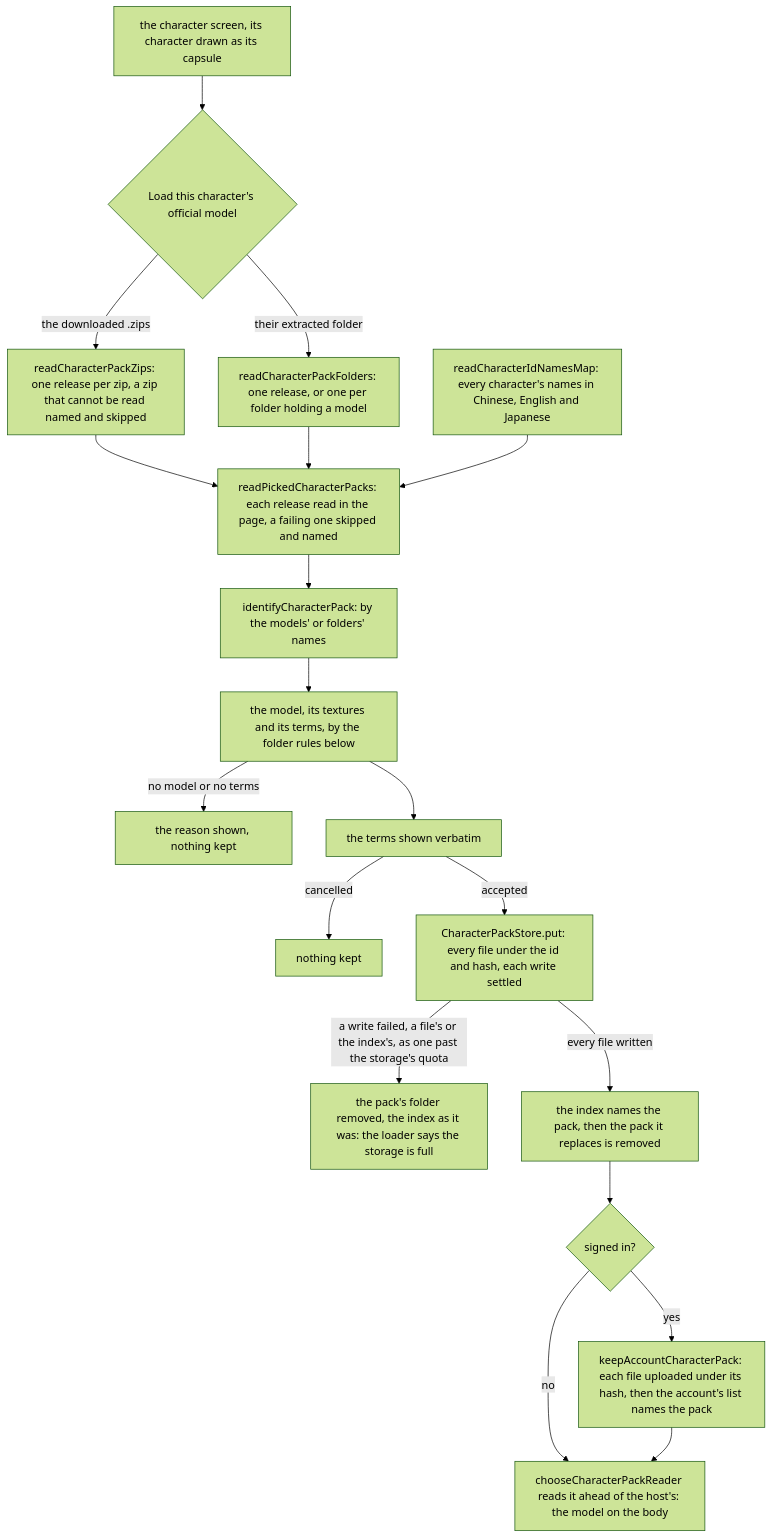
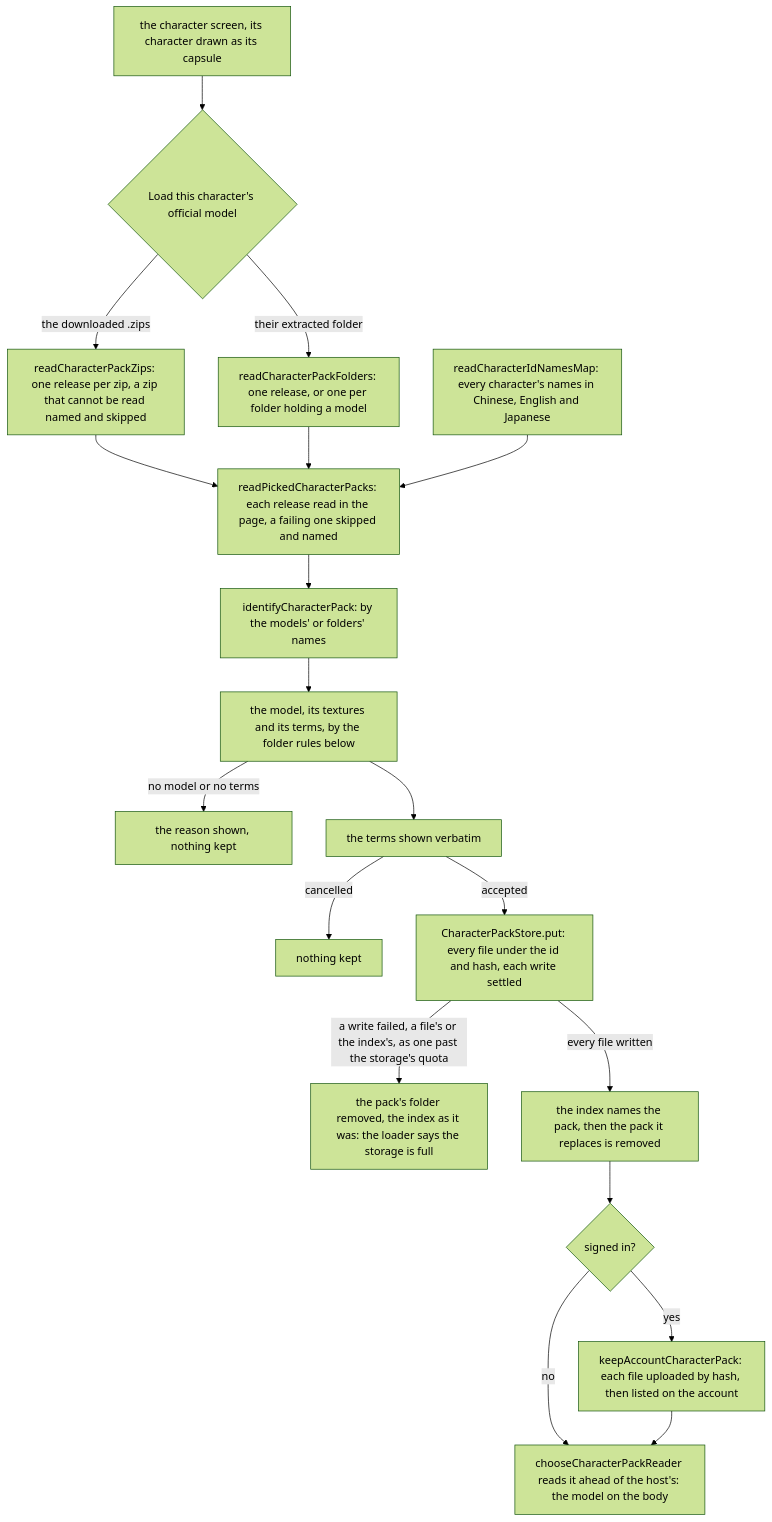
One commit to Esposter/Esposter changed the first of 2 diagrams in apps/web/content/docs/genshin/characters/player-packs.md. Above: the diagram before and after it, drawn with Mermaid (forest theme). The commit also changed 18 other files, not shown here.

````diff
--- a/apps/web/content/docs/genshin/characters/player-packs.md
+++ b/apps/web/content/docs/genshin/characters/player-packs.md
@@ -12,21 +12,21 @@
 ```mermaid
 flowchart TD
   OPEN["the character screen, its character drawn as its capsule"] --> PICK{"Load this character's official model"}
   PICK -->|"the downloaded .zips"| ZIP["readCharacterPackZips: one release per zip, a zip that cannot be read named and skipped"]
   PICK -->|"their extracted folder"| FOLDER["readCharacterPackFolders: one release, or one per folder holding a model"]
   ZIP --> READ["readPickedCharacterPacks: each release read in the page, a failing one skipped and named"]
   FOLDER --> READ
   NAMES["readCharacterIdNamesMap: every character's names in Chinese, English and Japanese"] --> READ
   READ --> WHO["identifyCharacterPack: by the models' or folders' names"]
   WHO --> RULES["the model, its textures and its terms, by the folder rules below"]
   RULES -->|"no model or no terms"| REFUSED["the reason shown, nothing kept"]
   RULES --> TERMS["the terms shown verbatim"]
   TERMS -->|cancelled| DROPPED["nothing kept"]
   TERMS -->|accepted| PUT["CharacterPackStore.put: every file under the id and hash, each write settled"]
   PUT -->|"a write failed, a file's or the index's, as one past the storage's quota"| UNKEPT["the pack's folder removed, the index as it was: the loader says the storage is full"]
   PUT -->|"every file written"| INDEXED["the index names the pack, then the pack it replaces is removed"]
   INDEXED --> SIGNED{"signed in?"}
   SIGNED -->|no| DRAW["chooseCharacterPackReader reads it ahead of the host's: the model on the body"]
-  SIGNED -->|yes| KEEP["keepAccountCharacterPack: each file uploaded under its hash, then the account's list names the pack"]
+  SIGNED -->|yes| KEEP["keepAccountCharacterPack: each file uploaded by hash, then listed on the account"]
   KEEP --> DRAW
 ```
````
